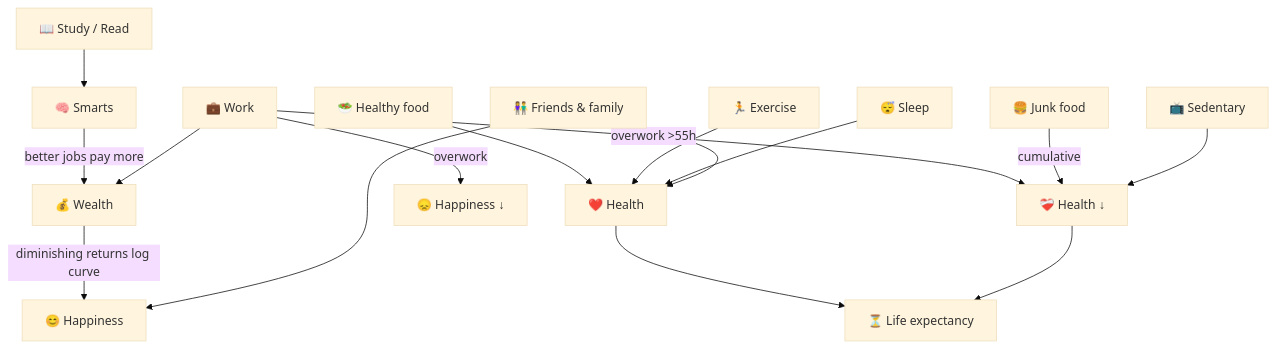
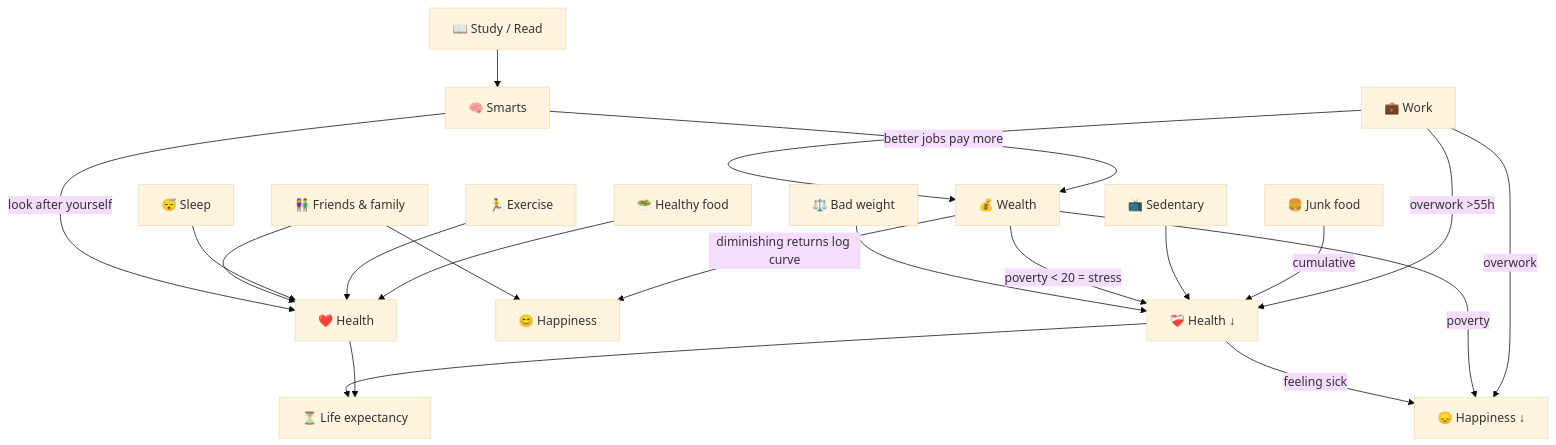
One commit to buicongnguyen/pixel-life-journey changed the first of 2 diagrams in DESIGN.md. Above: the diagram before and after it, drawn with Mermaid (base theme). The commit also changed other lines of this file and 8 other files, not shown here.

````diff
--- a/DESIGN.md
+++ b/DESIGN.md
@@ -78,18 +106,23 @@
 ```mermaid
 flowchart TD
   Study[📖 Study / Read] --> Smarts[🧠 Smarts]
   Smarts -->|better jobs pay more| Wealth[💰 Wealth]
   Work[💼 Work] --> Wealth
   Work -- overwork >55h --> HealthDown[❤️‍🩹 Health ↓]
   Work -- overwork --> HappyDown[😞 Happiness ↓]
   Wealth -- diminishing returns log curve --> Happiness[😊 Happiness]
   Food[🥗 Healthy food] --> Health[❤️ Health]
   Exercise[🏃 Exercise] --> Health
   Sleep[😴 Sleep] --> Health
   Social[👫 Friends & family] --> Happiness
   Social --> Health
   Junk[🍔 Junk food] -- cumulative --> HealthDown
   Sedentary[📺 Sedentary] --> HealthDown
   Health --> Life[⏳ Life expectancy]
   HealthDown --> Life
+  Wealth -- poverty < 20 = stress --> HealthDown
+  Wealth -- poverty --> HappyDown
+  HealthDown -- feeling sick --> HappyDown
+  Smarts -- look after yourself --> Health
+  Weight[⚖️ Bad weight] --> HealthDown
 ```
````
